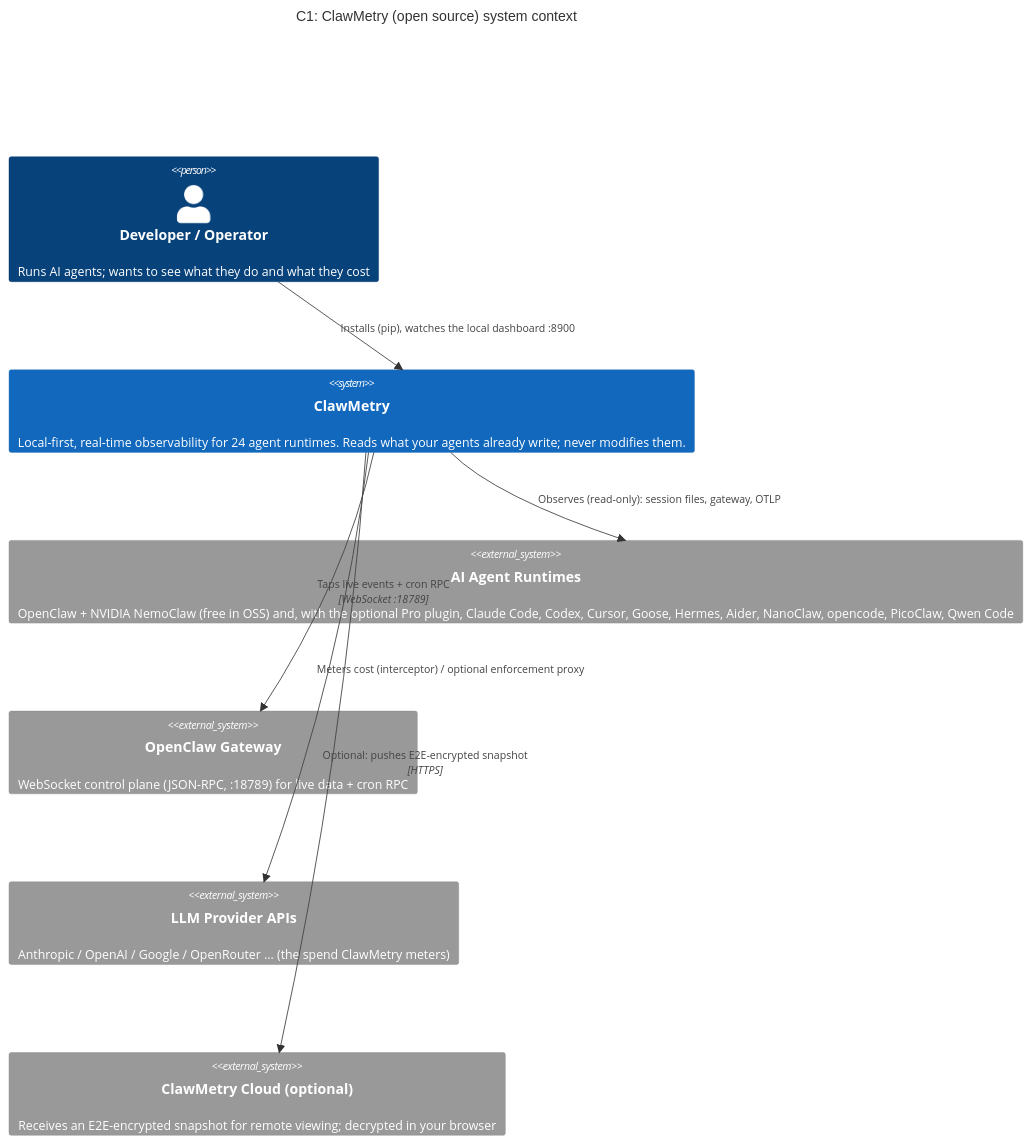
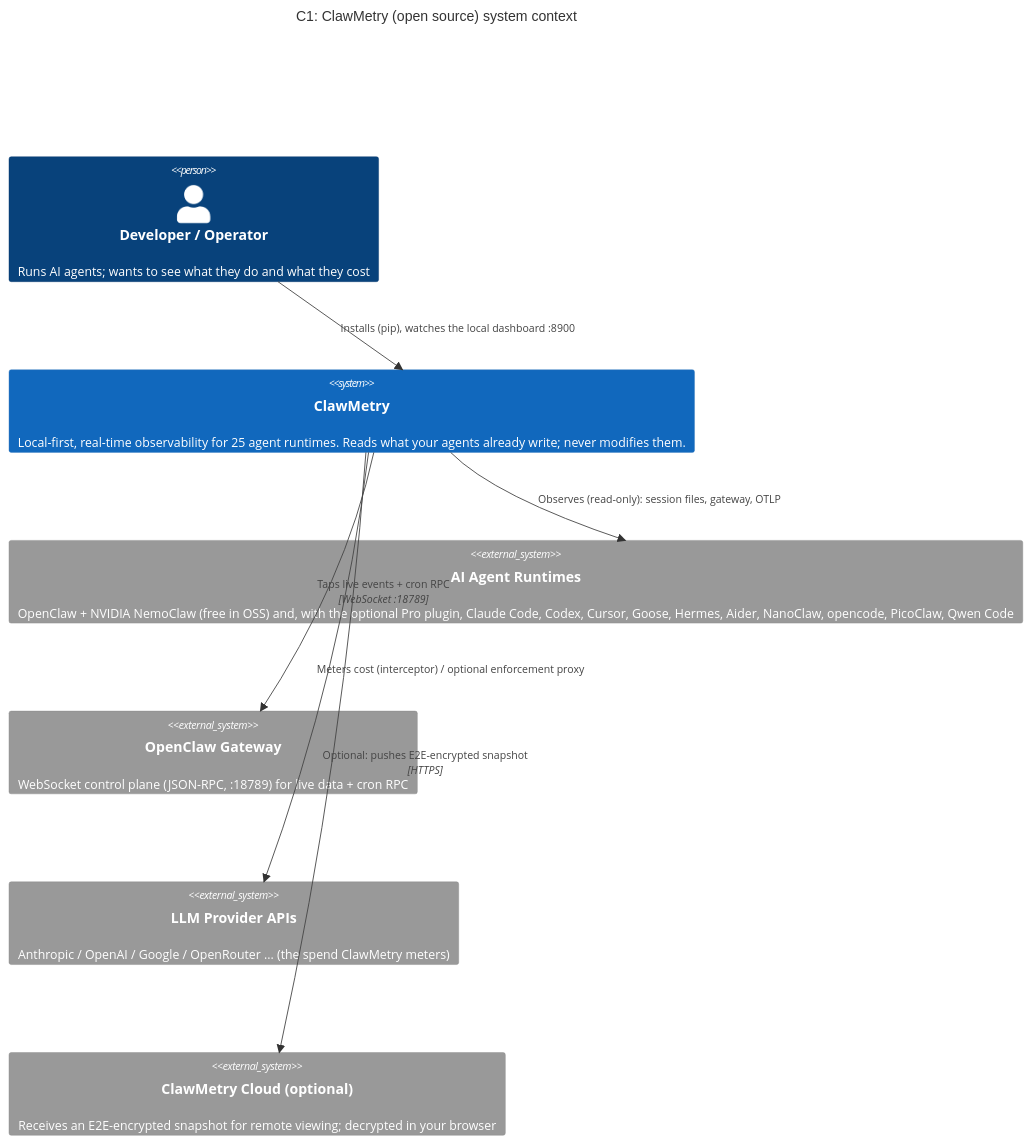
Before and after one commit to vivekchand/clawmetry: the first of 2 diagrams in ARCHITECTURE.md, drawn with Mermaid. The commit also changed 33 other files, not shown here.

````diff
--- a/ARCHITECTURE.md
+++ b/ARCHITECTURE.md
@@ -37,18 +37,18 @@
 ```mermaid
 C4Context
 title C1: ClawMetry (open source) system context
 
 Person(dev, "Developer / Operator", "Runs AI agents; wants to see what they do and what they cost")
-System(clawmetry, "ClawMetry", "Local-first, real-time observability for 24 agent runtimes. Reads what your agents already write; never modifies them.")
+System(clawmetry, "ClawMetry", "Local-first, real-time observability for 25 agent runtimes. Reads what your agents already write; never modifies them.")
 
 System_Ext(runtimes, "AI Agent Runtimes", "OpenClaw + NVIDIA NemoClaw (free in OSS) and, with the optional Pro plugin, Claude Code, Codex, Cursor, Goose, Hermes, Aider, NanoClaw, opencode, PicoClaw, Qwen Code")
 System_Ext(gateway, "OpenClaw Gateway", "WebSocket control plane (JSON-RPC, :18789) for live data + cron RPC")
 System_Ext(llm, "LLM Provider APIs", "Anthropic / OpenAI / Google / OpenRouter ... (the spend ClawMetry meters)")
 System_Ext(cloud, "ClawMetry Cloud (optional)", "Receives an E2E-encrypted snapshot for remote viewing; decrypted in your browser")
 
 Rel(dev, clawmetry, "Installs (pip), watches the local dashboard :8900")
 Rel(clawmetry, runtimes, "Observes (read-only): session files, gateway, OTLP")
 Rel(clawmetry, gateway, "Taps live events + cron RPC", "WebSocket :18789")
 Rel(clawmetry, llm, "Meters cost (interceptor) / optional enforcement proxy")
 Rel(clawmetry, cloud, "Optional: pushes E2E-encrypted snapshot", "HTTPS")
 ```
````
